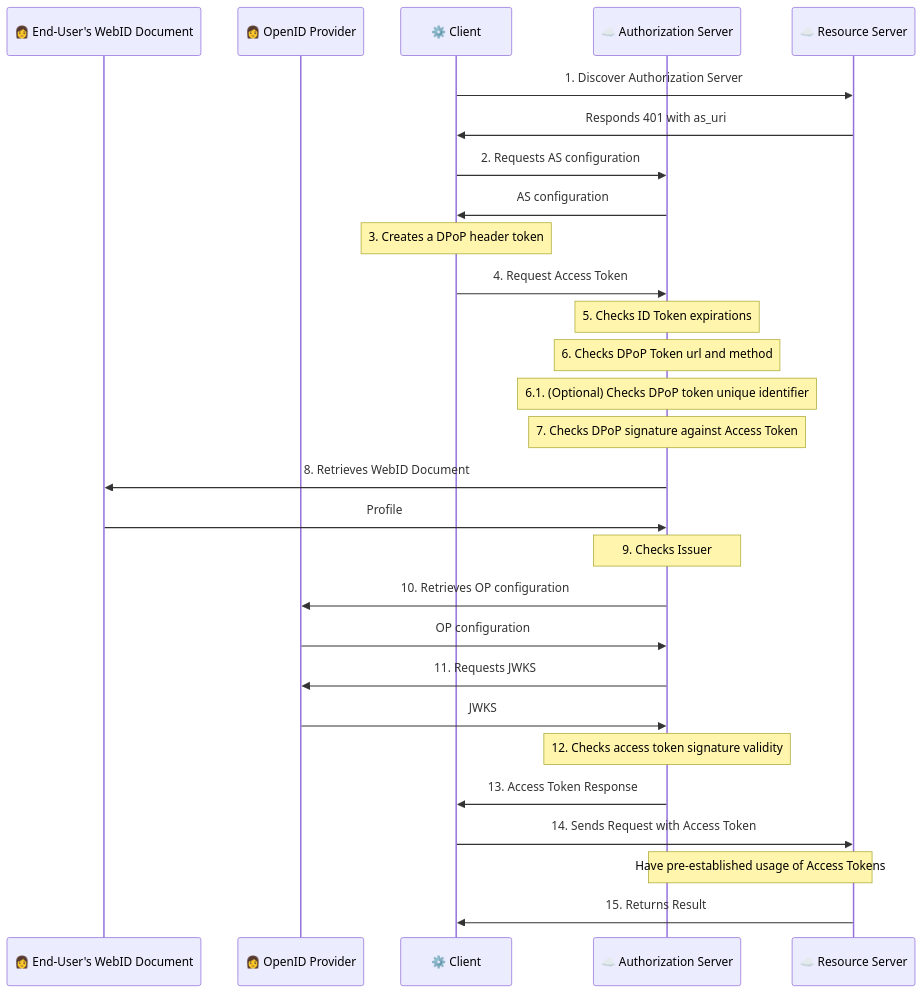
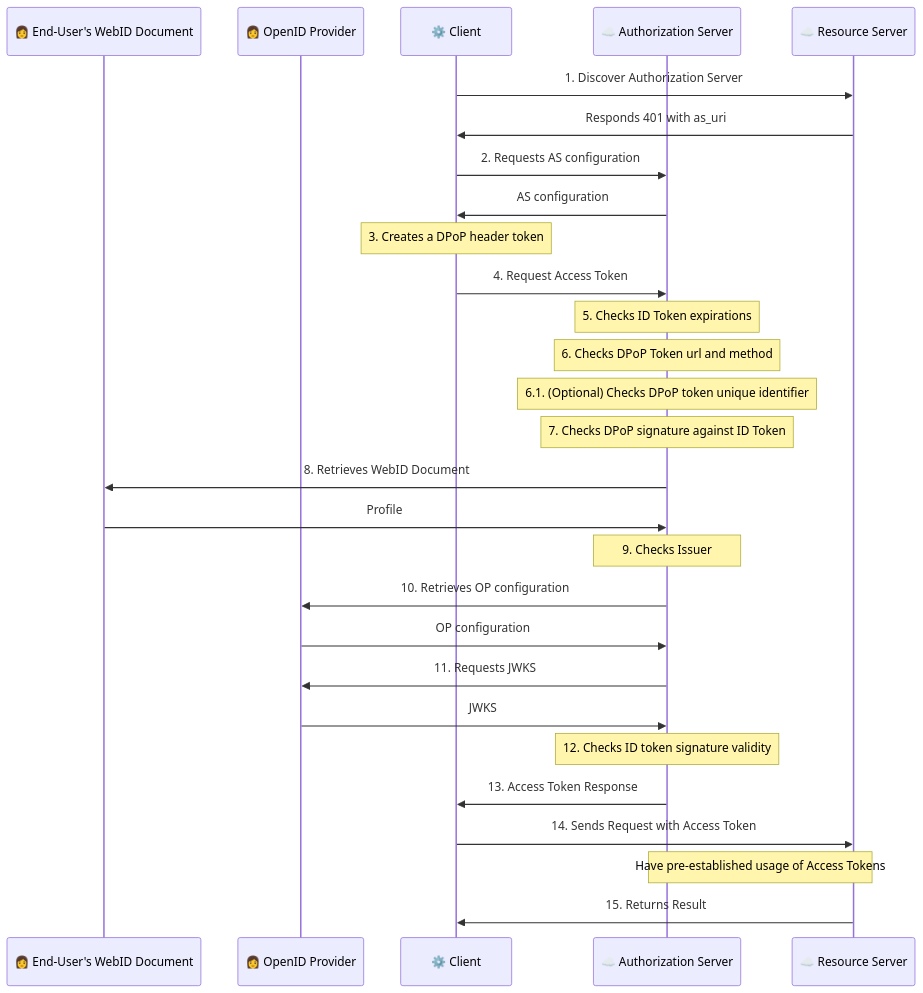
Before and after one commit to solid/solid-oidc: the diagram in primer/primer-request.mmd, drawn with Mermaid. The commit also changed 1 other file, not shown here.

Commit message:
Fix Primer token references and details (#230)
* Fix Primer token references and details

- Steps 7 and 12 of the Request flow diagram was refering to access token instead of ID token.
- Show the kid in the ID Token at step 19 of the Authorization code PKCE flow.
- Add a reference to RFC7515 section 4.1.4 in step 12 of the Request flow.

```diff
--- a/primer/primer-request.mmd
+++ b/primer/primer-request.mmd
@@ -1,28 +1,28 @@
 sequenceDiagram
   participant WebID as 👩 End-User's WebID Document
   participant OP as 👩 OpenID Provider
   participant Client as ⚙️ Client
   participant AS as ☁️ Authorization Server
   participant RS as ☁️ Resource Server
   Client->>RS: 1. Discover Authorization Server
   RS->>Client: Responds 401 with as_uri
   Client->>AS: 2. Requests AS configuration
   AS->>Client: AS configuration
   note over Client: 3. Creates a DPoP header token
   Client->>AS: 4. Request Access Token
   note over AS: 5. Checks ID Token expirations
   note over AS: 6. Checks DPoP Token url and method
   note over AS: 6.1. (Optional) Checks DPoP token unique identifier
-  note over AS: 7. Checks DPoP signature against Access Token
+  note over AS: 7. Checks DPoP signature against ID Token
   AS->>WebID: 8. Retrieves WebID Document
   WebID->>AS: Profile
   note over AS: 9. Checks Issuer
   AS->>OP: 10. Retrieves OP configuration
   OP->>AS: OP configuration
   AS->>OP: 11. Requests JWKS
   OP->>AS: JWKS
-  note over AS: 12. Checks access token signature validity
+  note over AS: 12. Checks ID token signature validity
   AS->>Client: 13. Access Token Response
   Client->>RS: 14. Sends Request with Access Token
   note over AS, RS: Have pre-established usage of Access Tokens
   RS->>Client: 15. Returns Result
```
